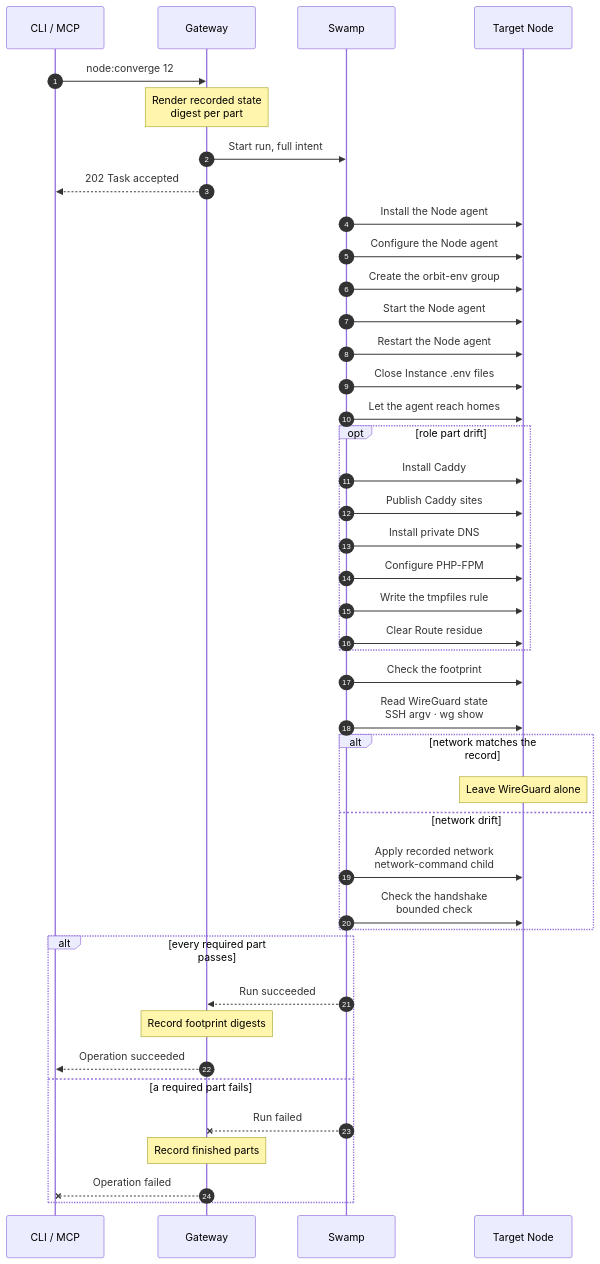
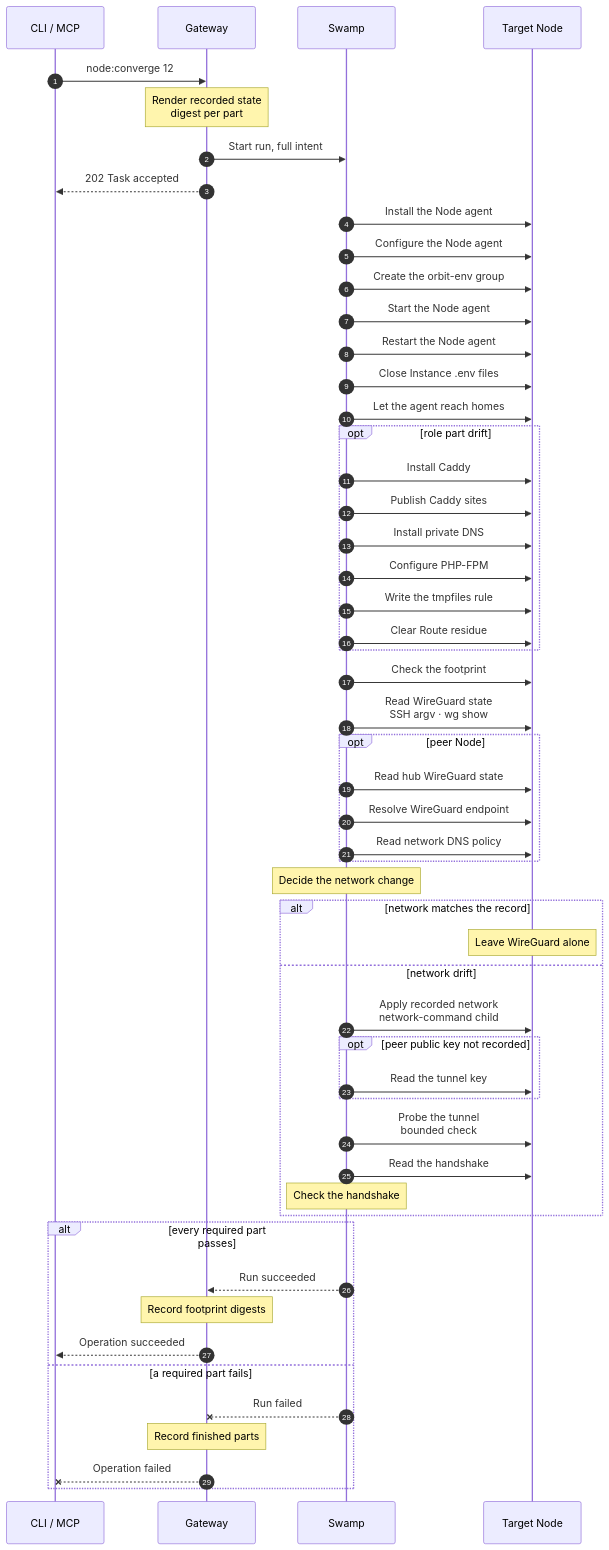
Before and after one commit to hardimpactdev/orbit: the diagram in docs/cli/node/converge.mmd, drawn with Mermaid. The commit also changed 74 other files, not shown here.

First line of the commit message:
feat(node): converge recorded network last and remove standalone commands

```diff
--- a/docs/cli/node/converge.mmd
+++ b/docs/cli/node/converge.mmd
@@ -1,51 +1,63 @@
 sequenceDiagram
-  %% status: reviewed
+  %% status: migrated
   %% command: node:converge
   %% kind: node.converge
   autonumber
   %% lane CLI icon=terminal pill=caller tone=gray
   %% lane GW icon=gateway pill=intent tone=blue
   %% lane SW icon=workflow pill=executes tone=green
   %% lane N icon=server pill=target tone=amber
   participant CLI as CLI / MCP
   participant GW as Gateway
   participant SW as Swamp
   participant N as Target Node
   CLI->>GW: node:converge 12
   Note over GW: Render recorded state<br/>digest per part
   GW->>SW: Start run, full intent
   GW-->>CLI: 202 Task accepted
   SW->>N: Install the Node agent
   SW->>N: Configure the Node agent
   SW->>N: Create the orbit-env group
   SW->>N: Start the Node agent
   SW->>N: Restart the Node agent
   SW->>N: Close Instance .env files
   SW->>N: Let the agent reach homes
   opt role part drift
     SW->>N: Install Caddy
     SW->>N: Publish Caddy sites
     SW->>N: Install private DNS
     SW->>N: Configure PHP-FPM
     SW->>N: Write the tmpfiles rule
     SW->>N: Clear Route residue
     %%> Residue cleanup is best effort.
   end
   SW->>N: Check the footprint
   SW->>N: Read WireGuard state<br/>SSH argv · wg show
+  opt peer Node
+    SW->>N: Read hub WireGuard state
+    SW->>N: Resolve WireGuard endpoint
+    SW->>N: Read network DNS policy
+  end
+  Note over SW: Decide the network change
   alt network matches the record
     Note over N: Leave WireGuard alone
   else network drift
     SW->>N: Apply recorded network<br/>network-command child
     %%> Holds the Node and hub locks; the VPN Node publishes all recorded peers.
-    SW->>N: Check the handshake<br/>bounded check
+    opt peer public key not recorded
+      SW->>N: Read the tunnel key
+    end
+    SW->>N: Probe the tunnel<br/>bounded check
+    %%> Skipped when the hub has no peers.
+    SW->>N: Read the handshake
+    Note over SW: Check the handshake
   end
   alt every required part passes
     SW-->>GW: Run succeeded
     Note over GW: Record footprint digests
     GW-->>CLI: Operation succeeded
   else a required part fails
     SW--xGW: Run failed
     Note over GW: Record finished parts
     GW--xCLI: Operation failed
   end
```
